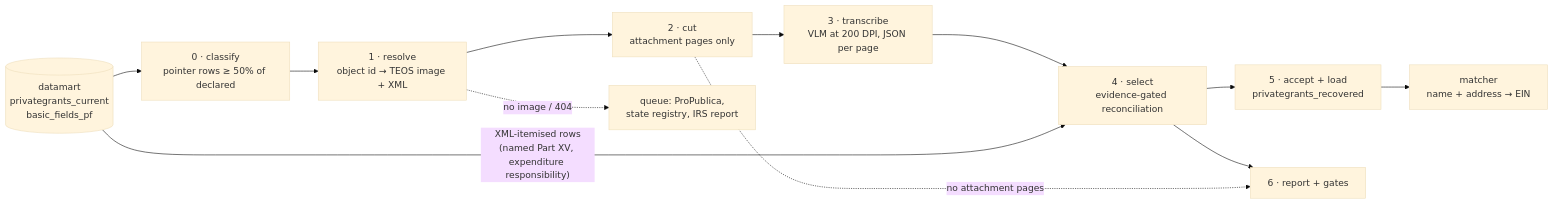
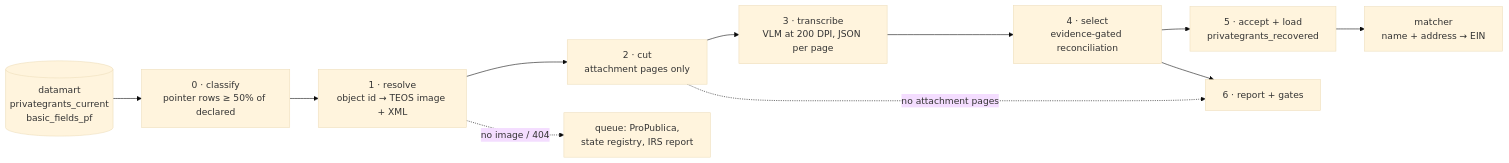
Before and after one commit to vibrant-data-labs/givingtuesday-datamart: the diagram in docs/placeholder_recovery_pipeline.md, drawn with Mermaid (base theme). The commit also changed other lines of this file and 2 other files, not shown here.

````diff
--- a/docs/placeholder_recovery_pipeline.md
+++ b/docs/placeholder_recovery_pipeline.md
@@ -33,17 +33,16 @@
 ```mermaid
 flowchart LR
     DB[(datamart<br/>privategrants_current<br/>basic_fields_pf)]
     C0[0 · classify<br/>pointer rows ≥ 50% of declared]
     C1[1 · resolve<br/>object id → TEOS image + XML]
     C2[2 · cut<br/>attachment pages only]
     C3[3 · transcribe<br/>VLM at 200 DPI, JSON per page]
     C4[4 · select<br/>evidence-gated reconciliation]
     C5[5 · accept + load<br/>privategrants_recovered]
     M[matcher<br/>name + address → EIN]
     R[6 · report + gates]
     DB --> C0 --> C1 --> C2 --> C3 --> C4 --> C5 --> M
-    DB -- XML-itemised rows<br/>(named Part XV, expenditure responsibility) --> C4
     C4 --> R
     C1 -. no image / 404 .-> Q[queue: ProPublica,<br/>state registry, IRS report]
     C2 -. no attachment pages .-> R
 ```
````
